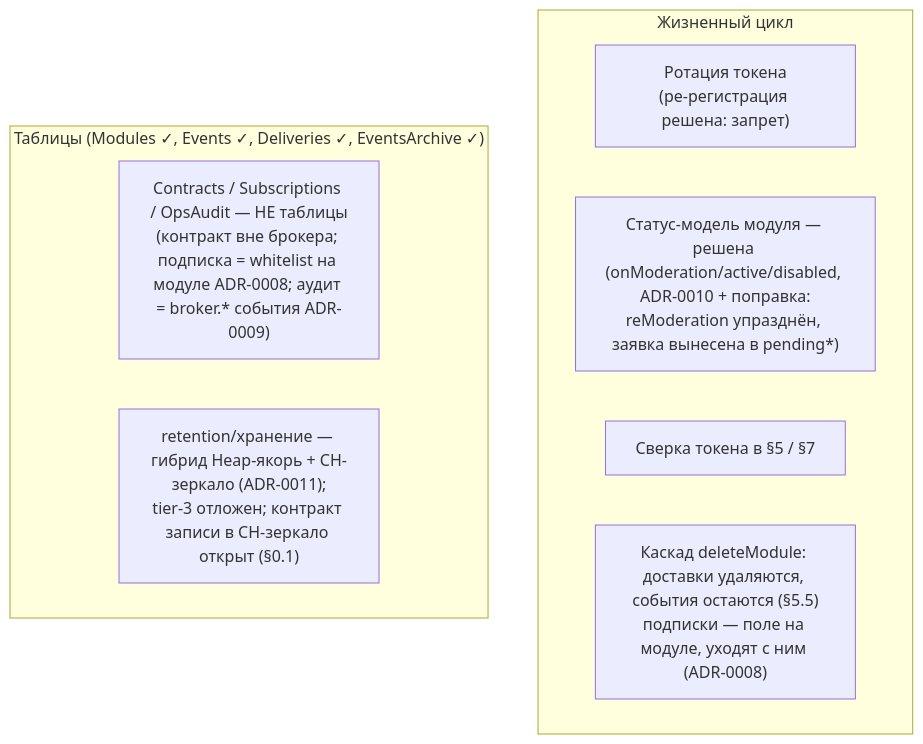
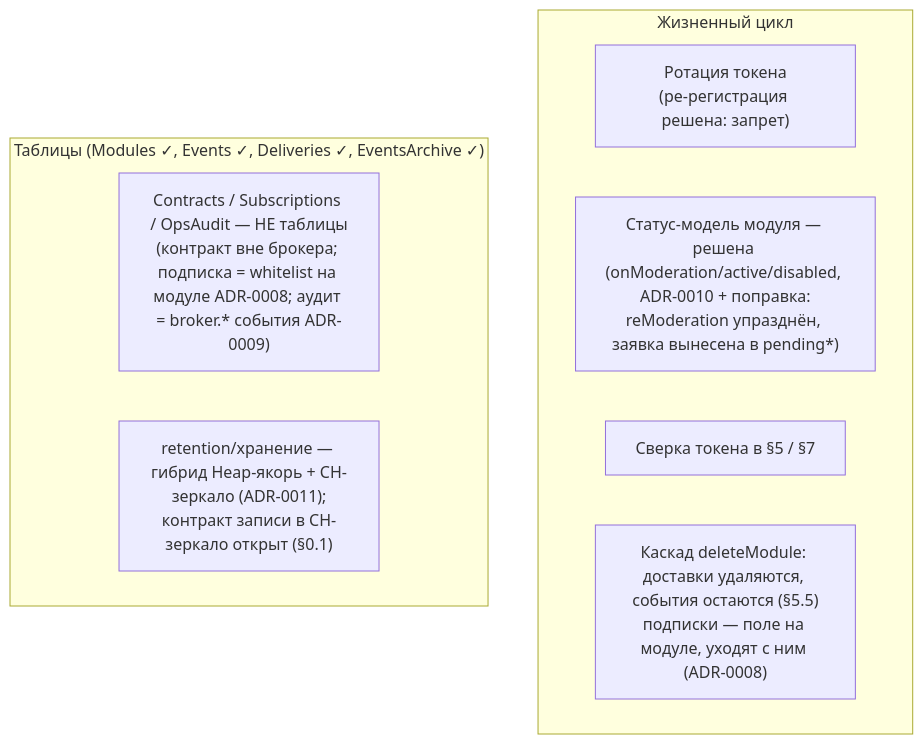
One commit to andrey-khudoley/Chatium changed the ninth of 9 diagrams in s.chtm.khudoley.pro/p/units/aley/bpm/core/docs/spec/spec-map.md. Above: the diagram before and after it, drawn with Mermaid. The commit also changed other lines of this file and 6 other files, not shown here.

````diff
--- a/s.chtm.khudoley.pro/p/units/aley/bpm/core/docs/spec/spec-map.md
+++ b/s.chtm.khudoley.pro/p/units/aley/bpm/core/docs/spec/spec-map.md
@@ -273,13 +270,13 @@
 ```mermaid
 flowchart TB
   subgraph LIFE["Жизненный цикл"]
     B1["Ротация токена<br/>(ре-регистрация решена: запрет)"]
     B2["Статус-модель модуля — решена (onModeration/active/disabled, ADR-0010 + поправка:<br/>reModeration упразднён, заявка вынесена в pending*)"]
     B3["Сверка токена в §5 / §7"]
     B4["Каскад deleteModule: доставки удаляются, события остаются (§5.5)<br/>подписки — поле на модуле, уходят с ним (ADR-0008)"]
   end
   subgraph TBL["Таблицы (Modules ✓, Events ✓, Deliveries ✓, EventsArchive ✓)"]
     C1["Contracts / Subscriptions / OpsAudit — НЕ таблицы<br/>(контракт вне брокера; подписка = whitelist на модуле ADR-0008; аудит = broker.* события ADR-0009)"]
-    C2["retention/хранение — гибрид Heap-якорь + CH-зеркало (ADR-0011);<br/>tier-3 отложен; контракт записи в CH-зеркало открыт (§0.1)"]
+    C2["retention/хранение — гибрид Heap-якорь + CH-зеркало (ADR-0011);<br/>контракт записи в CH-зеркало открыт (§0.1)"]
   end
 ```
````
